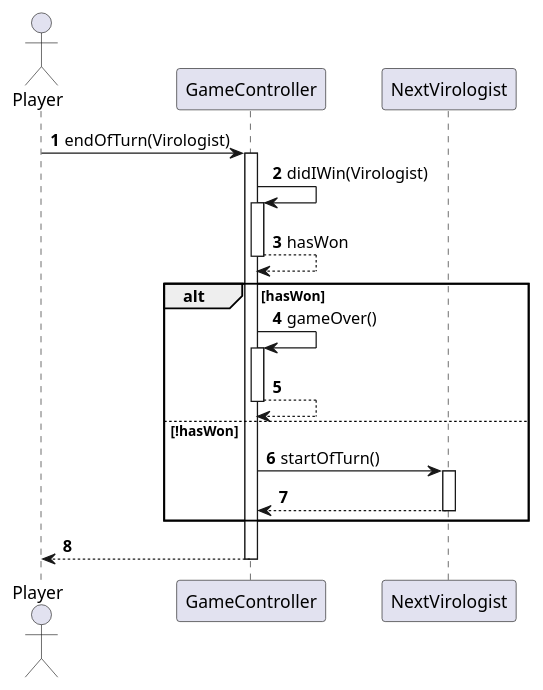
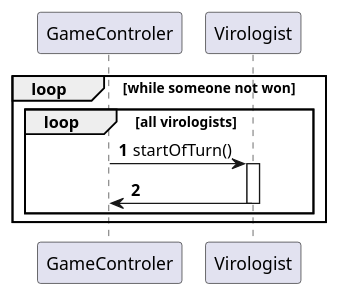
Before and after one commit to Projlab-csb/projlab-virologus: the diagram in sequence-diagram/nextTurn.puml, drawn with PlantUML. The commit also changed 2 other files, not shown here.

```diff
--- a/sequence-diagram/nextTurn.puml
+++ b/sequence-diagram/nextTurn.puml
@@ -1,29 +1,20 @@
 @startuml
 'https://plantuml.com/sequence-diagram
 
 autonumber
 
-actor Player
+'actor Player
 
-Player -> GameController: endOfTurn(Virologist)
-Activate GameController
-GameController -> GameController: didIWin(Virologist)
-Activate GameController
-GameController --> GameController: hasWon
-Deactivate GameController
 
-alt hasWon
-    GameController -> GameController: gameOver()
-    Activate GameController
-    GameController --> GameController
-    Deactivate GameController
-else !hasWon
-    GameController -> NextVirologist: startOfTurn()
-    Activate NextVirologist
-    NextVirologist --> GameController
-    Deactivate NextVirologist
+loop while someone not won
+    loop all virologists
+        GameControler -> Virologist: startOfTurn()
+        activate Virologist
+            'Do the turn, make all stuff happen
+        Virologist -> GameControler
+        deactivate Virologist
+    end
 end
 
-GameController --> Player:
-Deactivate GameController
+
 @enduml
```
